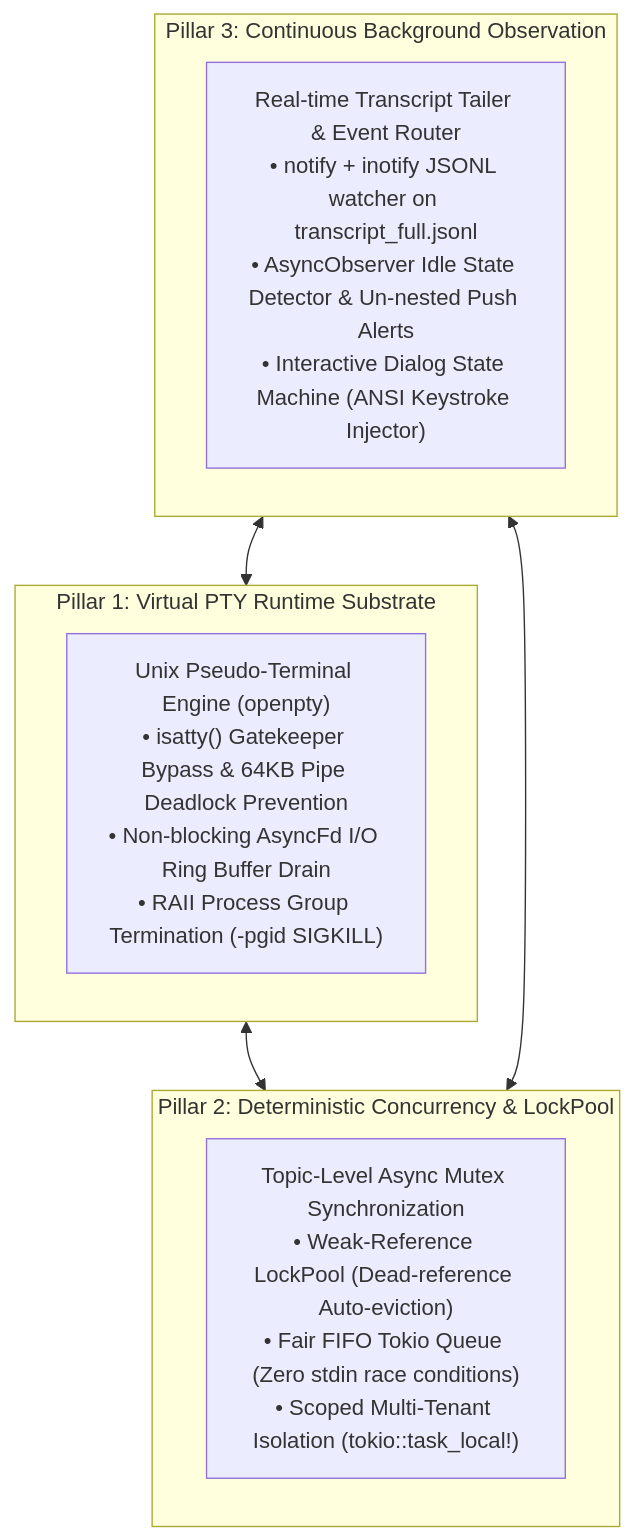
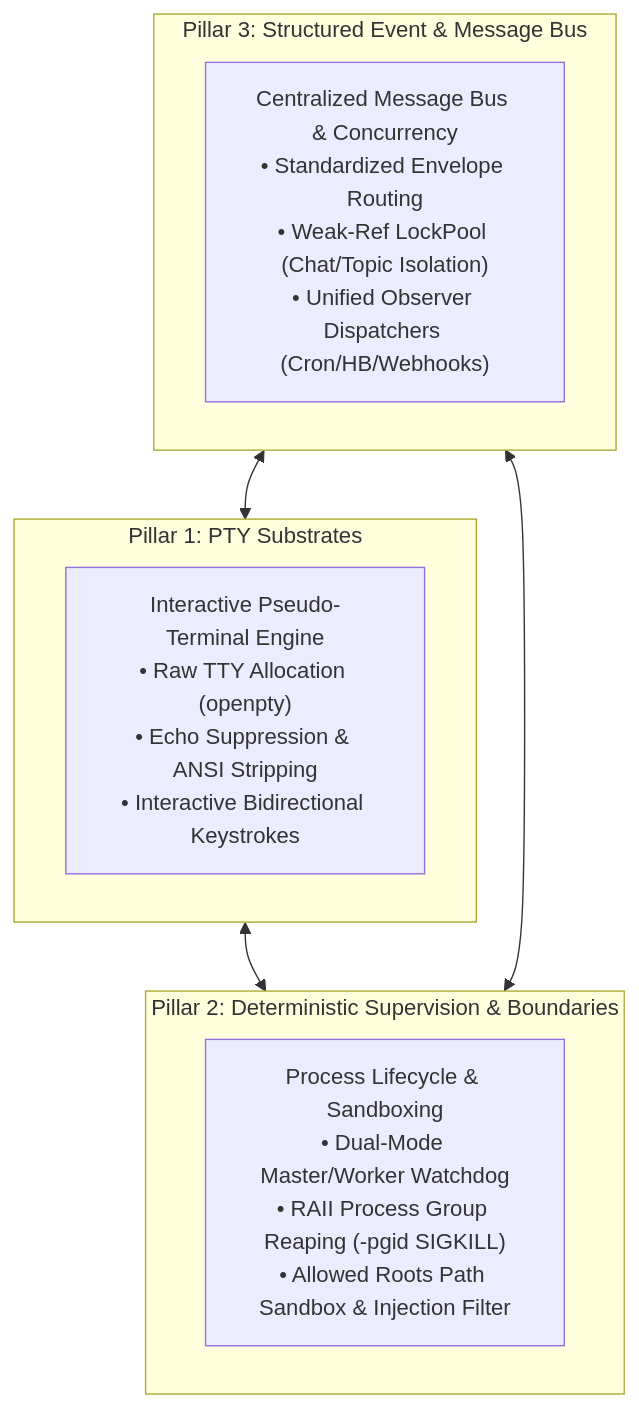
Before and after one commit to imwoo90/tuner: the second of 5 diagrams in README.md, drawn with Mermaid. The commit also changed other lines of this file, not shown here.

````diff
--- a/README.md
+++ b/README.md
@@ -161,18 +201,18 @@
 ```mermaid
 flowchart TD
-    subgraph P1 ["Pillar 1: Virtual PTY Runtime Substrate"]
-        A1["Unix Pseudo-Terminal Engine (openpty)<br/>• isatty() Gatekeeper Bypass & 64KB Pipe Deadlock Prevention<br/>• Non-blocking AsyncFd I/O Ring Buffer Drain<br/>• RAII Process Group Termination (-pgid SIGKILL)"]
+    subgraph Pillar1 ["Pillar 1: PTY Substrates"]
+        P1["Interactive Pseudo-Terminal Engine<br/>• Raw TTY Allocation (openpty)<br/>• Echo Suppression & ANSI Stripping<br/>• Interactive Bidirectional Keystrokes"]
     end
 
-    subgraph P2 ["Pillar 2: Deterministic Concurrency & LockPool"]
-        A2["Topic-Level Async Mutex Synchronization<br/>• Weak-Reference LockPool (Dead-reference Auto-eviction)<br/>• Fair FIFO Tokio Queue (Zero stdin race conditions)<br/>• Scoped Multi-Tenant Isolation (tokio::task_local!)"]
+    subgraph Pillar2 ["Pillar 2: Deterministic Supervision & Boundaries"]
+        P2["Process Lifecycle & Sandboxing<br/>• Dual-Mode Master/Worker Watchdog<br/>• RAII Process Group Reaping (-pgid SIGKILL)<br/>• Allowed Roots Path Sandbox & Injection Filter"]
     end
 
-    subgraph P3 ["Pillar 3: Continuous Background Observation"]
-        A3["Real-time Transcript Tailer & Event Router<br/>• notify + inotify JSONL watcher on transcript_full.jsonl<br/>• AsyncObserver Idle State Detector & Un-nested Push Alerts<br/>• Interactive Dialog State Machine (ANSI Keystroke Injector)"]
+    subgraph Pillar3 ["Pillar 3: Structured Event & Message Bus"]
+        P3["Centralized Message Bus & Concurrency<br/>• Standardized Envelope Routing<br/>• Weak-Ref LockPool (Chat/Topic Isolation)<br/>• Unified Observer Dispatchers (Cron/HB/Webhooks)"]
     end
 
-    P1 <--> P2
-    P2 <--> P3
-    P3 <--> P1
+    Pillar1 <--> Pillar2
+    Pillar2 <--> Pillar3
+    Pillar3 <--> Pillar1
 ```
````
